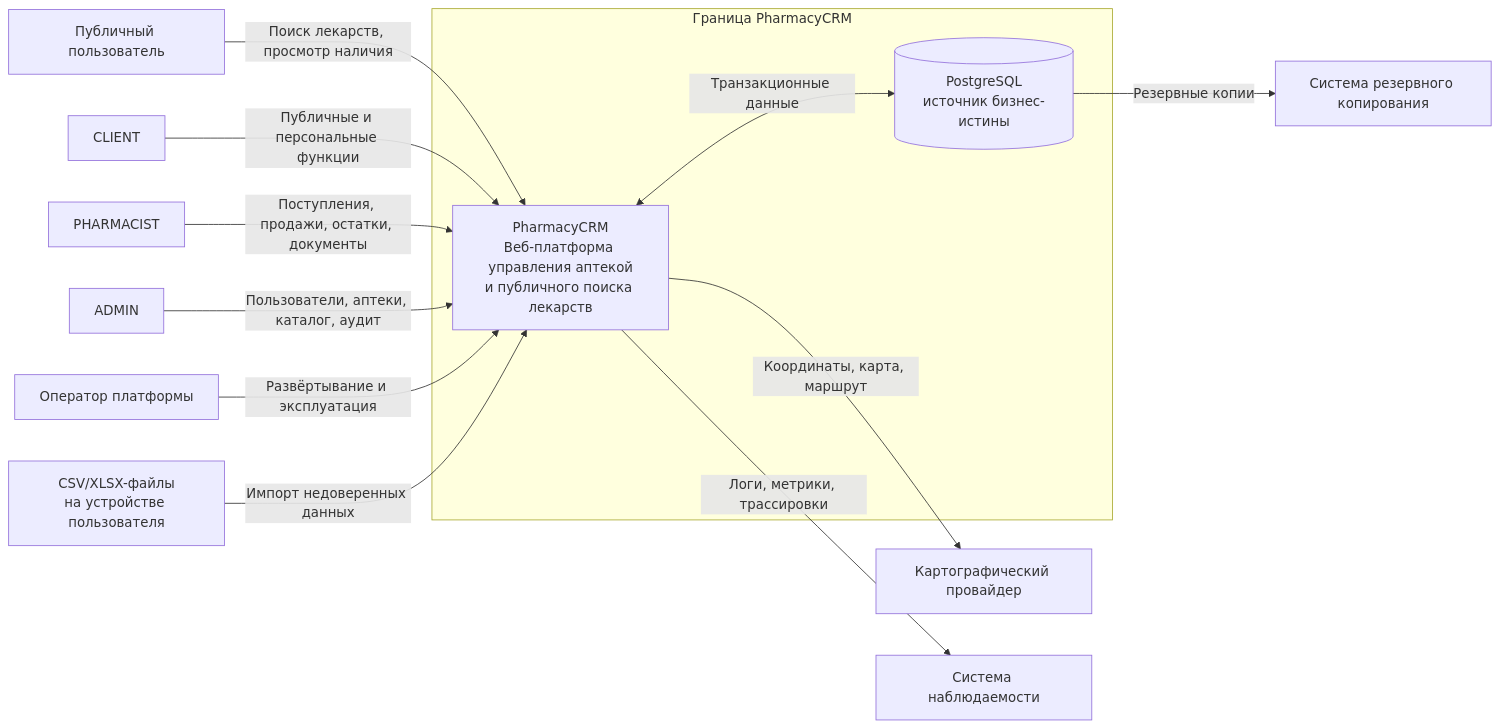
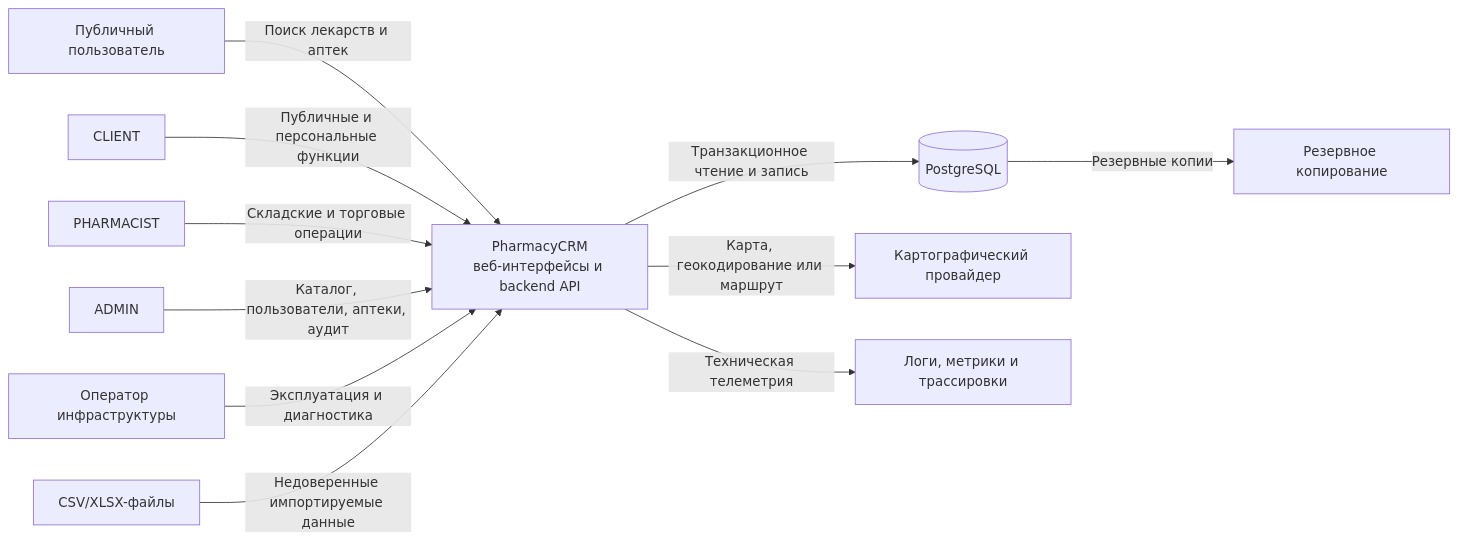
The diagram in docs/03-system-context.md (GulovM/PharmacyCRM), drawn with Mermaid before and after one commit. The commit also changed other lines of this file, not shown here.

Commit message:
docs: complete and strengthen system context

````diff
--- a/docs/03-system-context.md
+++ b/docs/03-system-context.md
@@ -262,30 +406,27 @@
 ```mermaid
 flowchart LR
     Public[Публичный пользователь]
     Client[CLIENT]
     Pharmacist[PHARMACIST]
     Admin[ADMIN]
-    Operator[Оператор платформы]
+    Operator[Оператор инфраструктуры]
 
-    subgraph PharmacyBoundary[Граница PharmacyCRM]
-        PharmacyCRM[PharmacyCRM\nВеб-платформа управления аптекой\nи публичного поиска лекарств]
-        PostgreSQL[(PostgreSQL\nисточник бизнес-истины)]
-    end
+    System[PharmacyCRM\nвеб-интерфейсы и backend API]
+    DB[(PostgreSQL)]
+    Maps[Картографический провайдер]
+    Imports[CSV/XLSX-файлы]
+    Obs[Логи, метрики и трассировки]
+    Backup[Резервное копирование]
 
-    Maps[Картографический провайдер]
-    Files[CSV/XLSX-файлы\nна устройстве пользователя]
-    Observability[Система наблюдаемости]
-    Backup[Система резервного копирования]
+    Public -->|Поиск лекарств и аптек| System
+    Client -->|Публичные и персональные функции| System
+    Pharmacist -->|Складские и торговые операции| System
+    Admin -->|Каталог, пользователи, аптеки, аудит| System
+    Operator -->|Эксплуатация и диагностика| System
 
-    Public -->|Поиск лекарств, просмотр наличия| PharmacyCRM
-    Client -->|Публичные и персональные функции| PharmacyCRM
-    Pharmacist -->|Поступления, продажи, остатки, документы| PharmacyCRM
-    Admin -->|Пользователи, аптеки, каталог, аудит| PharmacyCRM
-    Operator -->|Развёртывание и эксплуатация| PharmacyCRM
-
-    PharmacyCRM -->|Координаты, карта, маршрут| Maps
-    Files -->|Импорт недоверенных данных| PharmacyCRM
-    PharmacyCRM <-->|Транзакционные данные| PostgreSQL
-    PharmacyCRM -->|Логи, метрики, трассировки| Observability
-    PostgreSQL -->|Резервные копии| Backup
+    System -->|Транзакционное чтение и запись| DB
+    System -->|Карта, геокодирование или маршрут| Maps
+    Imports -->|Недоверенные импортируемые данные| System
+    System -->|Техническая телеметрия| Obs
+    DB -->|Резервные копии| Backup
 ```
````
